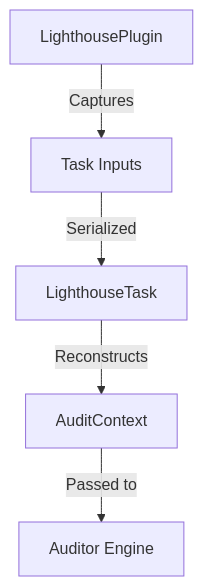
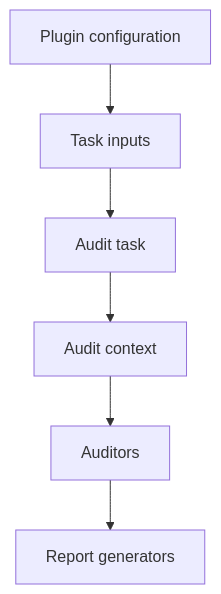
Before and after one commit to dev-vikas-soni/gradle-lighthouse: the diagram in docs/developer/architecture.md, drawn with Mermaid. The commit also changed other lines of this file, not shown here.

````diff
--- a/docs/developer/architecture.md
+++ b/docs/developer/architecture.md
@@ -29,7 +16,8 @@
 ```mermaid
 graph TD
-    A[LighthousePlugin] -->|Captures| B[Task Inputs]
-    B -->|Serialized| C[LighthouseTask]
-    C -->|Reconstructs| D[AuditContext]
-    D -->|Passed to| E[Auditor Engine]
+    A[Plugin configuration] --> B[Task inputs]
+    B --> C[Audit task]
+    C --> D[Audit context]
+    D --> E[Auditors]
+    E --> F[Report generators]
 ```
````
